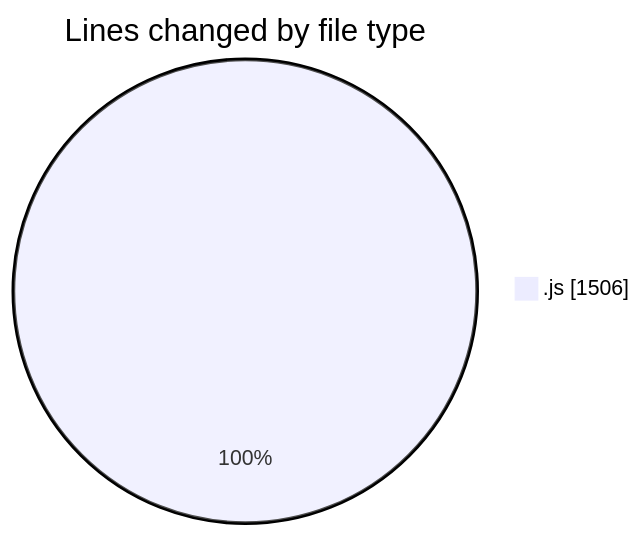
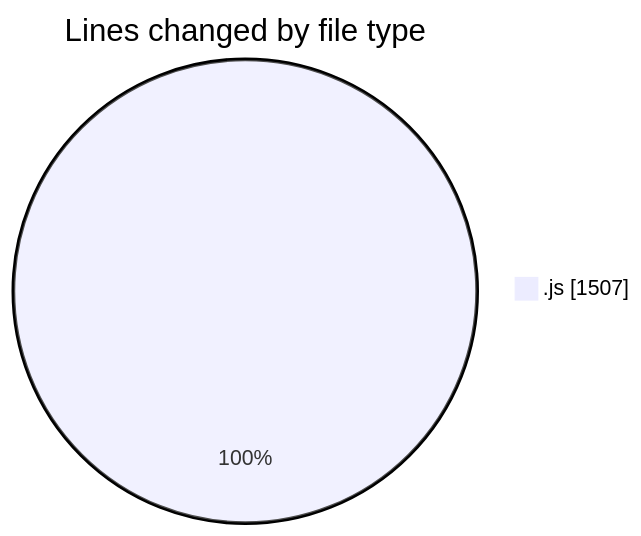
The first of 2 diagrams in 2025-08-01/javascript/README.md (Ritupan-Deka/code-tracking), drawn with Mermaid before and after one commit. The commit also changed other lines of this file and 1 other file, not shown here.

````diff
--- a/2025-08-01/javascript/README.md
+++ b/2025-08-01/javascript/README.md
@@ -20,5 +20,5 @@
 ```mermaid
 pie showData
 title Lines changed by file type
-".js" : 1506
+".js" : 1507
 ```
````
